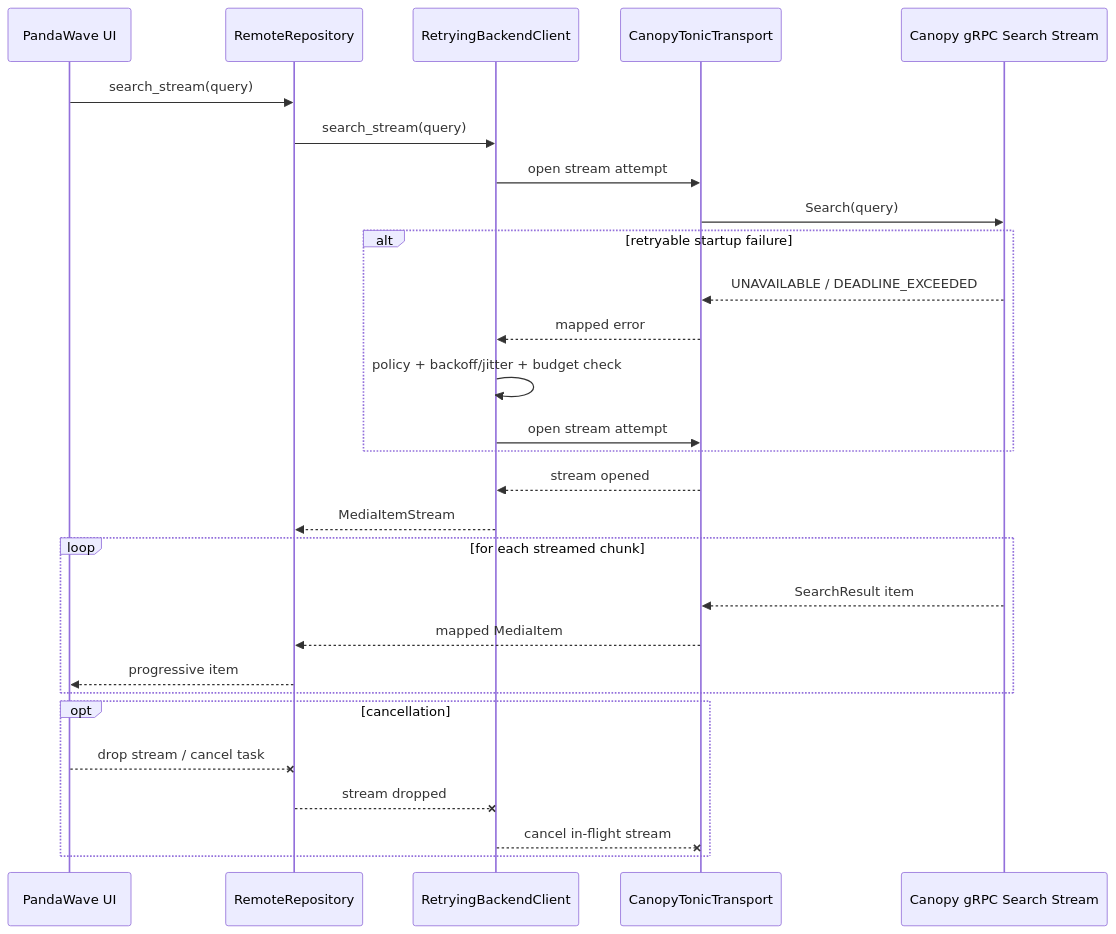
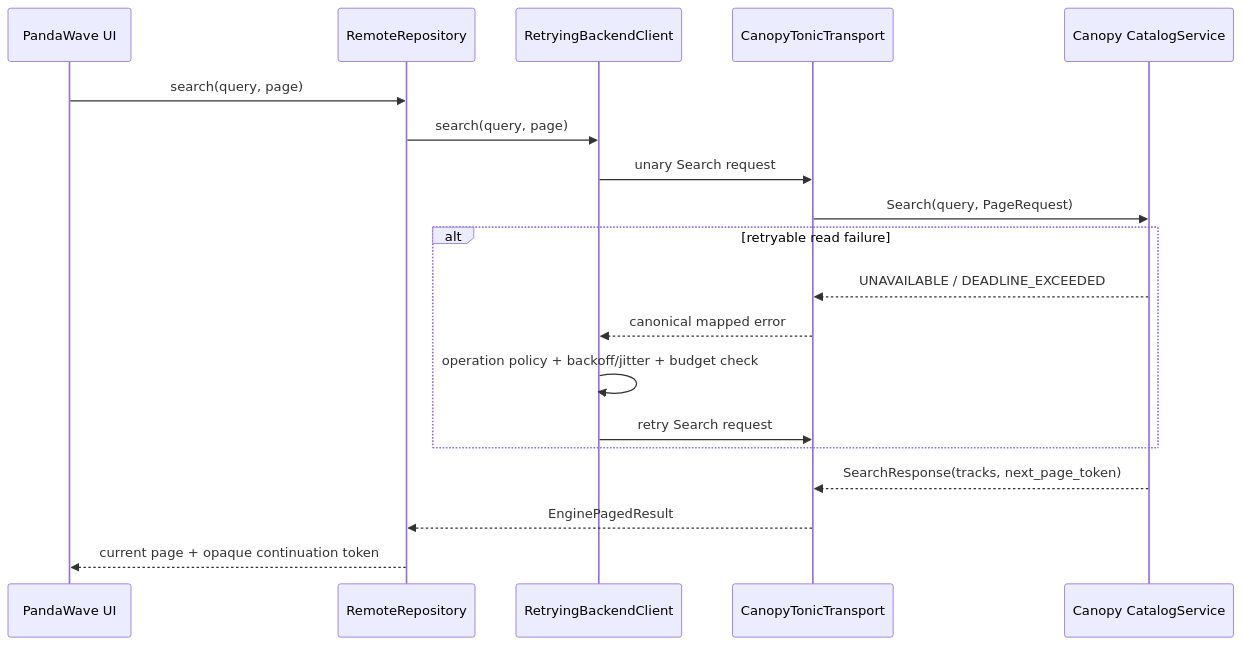
Before and after one commit to adrianrusu16/Media-App: the fifth of 5 diagrams in rust/engine/README.md, drawn with Mermaid. The commit also changed other lines of this file and 8 other files, not shown here.

Commit message:
docs: document canonical canopy integration

````diff
--- a/rust/engine/README.md
+++ b/rust/engine/README.md
@@ -262,35 +262,24 @@
 ```mermaid
 sequenceDiagram
     participant UI as PandaWave UI
     participant Repo as RemoteRepository
     participant Retry as RetryingBackendClient
     participant Transport as CanopyTonicTransport
-    participant Canopy as Canopy gRPC Search Stream
+    participant Canopy as Canopy CatalogService
 
-    UI->>Repo: search_stream(query)
-    Repo->>Retry: search_stream(query)
-    Retry->>Transport: open stream attempt #1
-    Transport->>Canopy: Search(query)
+    UI->>Repo: search(query, page)
+    Repo->>Retry: search(query, page)
+    Retry->>Transport: unary Search request
+    Transport->>Canopy: Search(query, PageRequest)
 
-    alt retryable startup failure
+    alt retryable read failure
         Canopy-->>Transport: UNAVAILABLE / DEADLINE_EXCEEDED
-        Transport-->>Retry: mapped error
-        Retry->>Retry: policy + backoff/jitter + budget check
-        Retry->>Transport: open stream attempt #N
+        Transport-->>Retry: canonical mapped error
+        Retry->>Retry: operation policy + backoff/jitter + budget check
+        Retry->>Transport: retry Search request
     end
 
-    Transport-->>Retry: stream opened
-    Retry-->>Repo: MediaItemStream
-
-    loop for each streamed chunk
-        Canopy-->>Transport: SearchResult item
-        Transport-->>Repo: mapped MediaItem
-        Repo-->>UI: progressive item
-    end
-
-    opt cancellation
-        UI--xRepo: drop stream / cancel task
-        Repo--xRetry: stream dropped
-        Retry--xTransport: cancel in-flight stream
-    end
+    Canopy-->>Transport: SearchResponse(tracks, next_page_token)
+    Transport-->>Repo: EnginePagedResult
+    Repo-->>UI: current page + opaque continuation token
 ```
````
